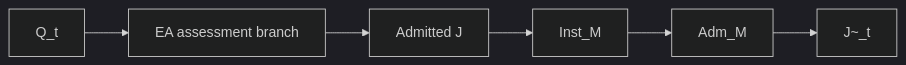
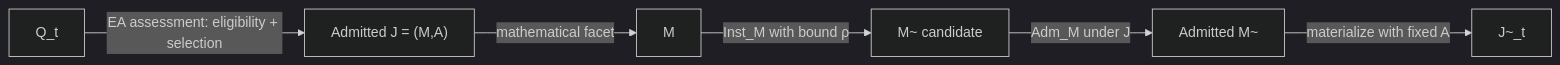
The fourth of 7 diagrams in content/architecture.md (thatao72/three-twin-docs), drawn with Mermaid (dark theme) before and after one commit. The commit also changed other lines of this file, not shown here.

Commit message:
Clarify object-map notation and assessment flow

````diff
--- a/content/architecture.md
+++ b/content/architecture.md
@@ -242,11 +267,15 @@
 ```mermaid
 flowchart LR
     Q["Q_t"]
-    EA["EA assessment branch"]
-    J["Admitted J"]
-    IM["Inst_M"]
-    AM["Adm_M"]
+    J["Admitted J = (M,A)"]
+    M["M"]
+    MC["M~ candidate"]
+    MT["Admitted M~"]
     JT["J~_t"]
 
-    Q --> EA --> J --> IM --> AM --> JT
+    Q -->|"EA assessment: eligibility + selection"| J
+    J -->|"mathematical facet"| M
+    M -->|"Inst_M with bound ρ"| MC
+    MC -->|"Adm_M under J"| MT
+    MT -->|"materialize with fixed A"| JT
 ```
````
